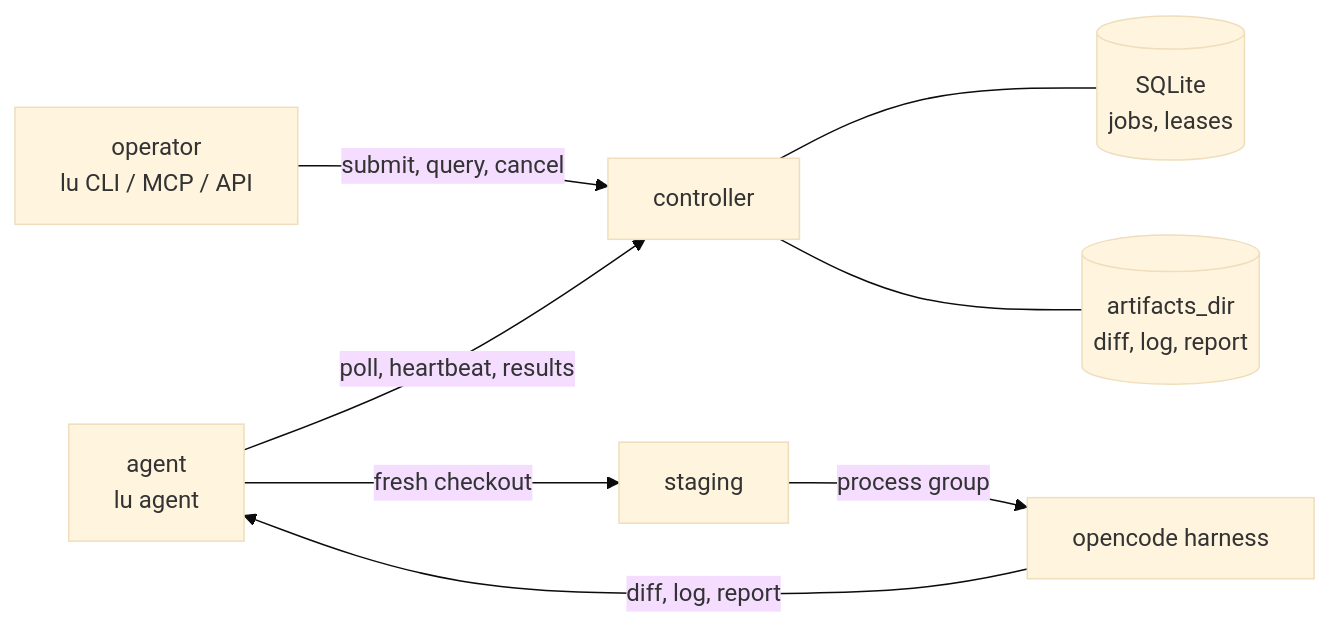
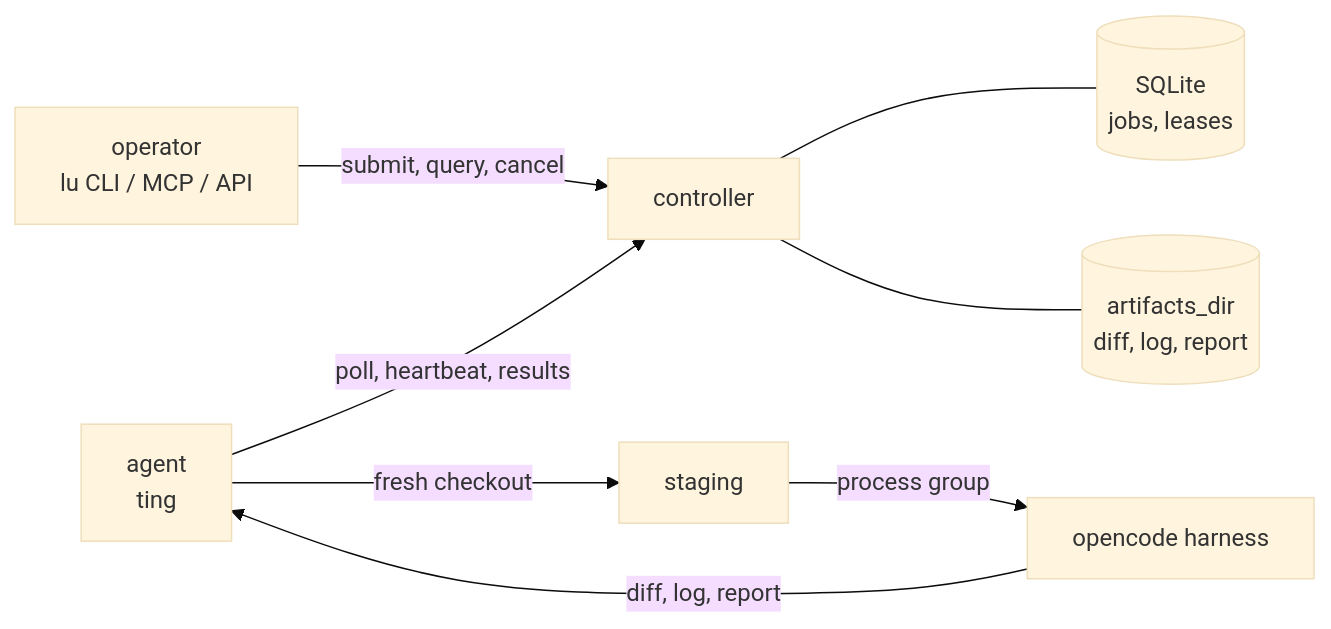
One commit to ddproxy/lu changed the diagram in docs/concepts.md. Above: the diagram before and after it, drawn with Mermaid (base theme). The commit also changed other lines of this file and 145 other files, not shown here.

First line of the commit message:
Add scoped job spawning, the Ting node agent, workspace lifecycle, batch submit, draft intake and publishing with gates

````diff
--- a/docs/concepts.md
+++ b/docs/concepts.md
@@ -7,10 +7,10 @@
 ```mermaid
 flowchart LR
     operator["operator<br/>lu CLI / MCP / API"] -->|"submit, query, cancel"| controller
-    agent["agent<br/>lu agent"] -->|"poll, heartbeat, results"| controller
+    agent["agent<br/>ting"] -->|"poll, heartbeat, results"| controller
     controller --- store[("SQLite<br/>jobs, leases")]
     controller --- files[("artifacts_dir<br/>diff, log, report")]
     agent -->|"fresh checkout"| staging
     staging -->|"process group"| harness["opencode harness"]
     harness -->|"diff, log, report"| agent
 ```
````
